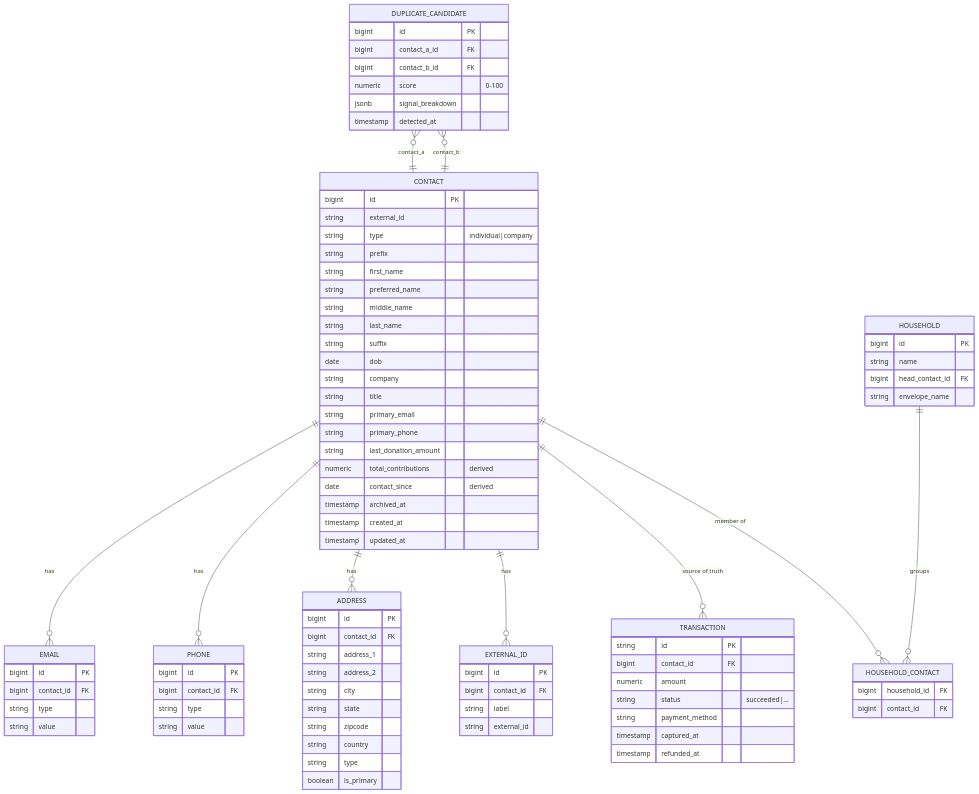
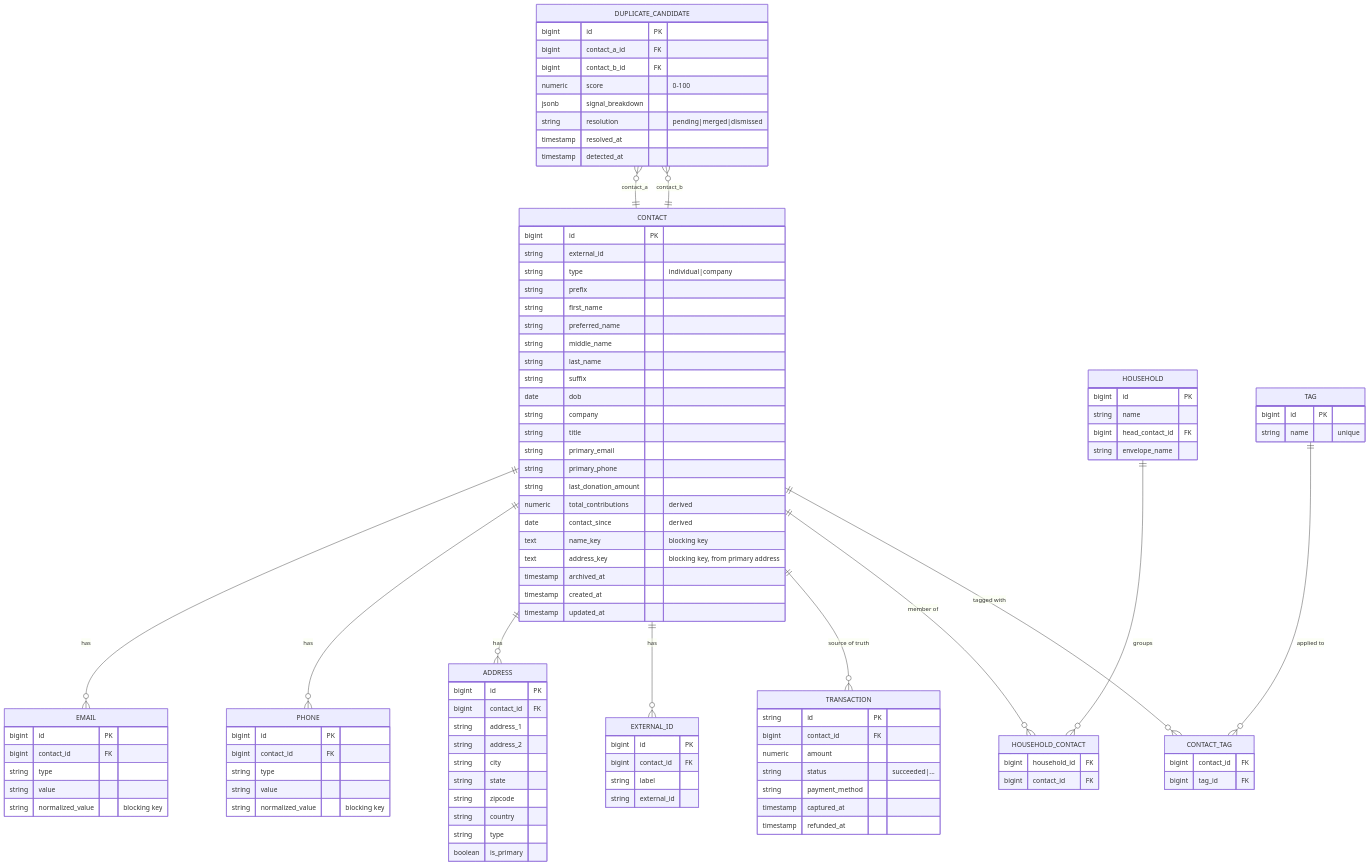
Before and after one commit to kristindailey/givebutter-detect: the first of 2 diagrams in context/project-overview.md, drawn with Mermaid. The commit also changed other lines of this file and 1 other file, not shown here.

Commit message:
docs: verify data layer against Givebutter's public API
Checked the spec and ERD against the real OpenAPI schemas (ContactResource,
TransactionResource, HouseholdResource) pulled from docs.givebutter.com.

Confirmed: archived_at is a literal ContactResource field, no merge endpoint
exists, stats carries no donation count, and households have no per-member
role label.

Found one gap: tags auto-union on merge but had no table anywhere. Added
tags + contact_tags to the ERD and the spec.

Also records the decisions the implementation forced, since downstream specs
depend on them: derived fields and archived_at are excluded from mass
assignment, the archived scope must be lifted in two places, and
transactions.status has no documented enum (succeeded is our assumption).

````diff
--- a/context/project-overview.md
+++ b/context/project-overview.md
@@ -151,6 +151,8 @@
     CONTACT ||--o{ TRANSACTION : "source of truth"
     HOUSEHOLD ||--o{ HOUSEHOLD_CONTACT : groups
     CONTACT ||--o{ HOUSEHOLD_CONTACT : "member of"
+    CONTACT ||--o{ CONTACT_TAG : "tagged with"
+    TAG ||--o{ CONTACT_TAG : "applied to"
     DUPLICATE_CANDIDATE }o--|| CONTACT : contact_a
     DUPLICATE_CANDIDATE }o--|| CONTACT : contact_b
 
@@ -172,6 +174,8 @@
         string last_donation_amount
         numeric total_contributions "derived"
         date contact_since "derived"
+        text name_key "blocking key"
+        text address_key "blocking key, from primary address"
         timestamp archived_at
         timestamp created_at
         timestamp updated_at
@@ -181,12 +185,14 @@
         bigint contact_id FK
         string type
         string value
+        string normalized_value "blocking key"
     }
     PHONE {
         bigint id PK
         bigint contact_id FK
         string type
         string value
+        string normalized_value "blocking key"
     }
     ADDRESS {
         bigint id PK
@@ -216,6 +222,14 @@
         bigint household_id FK
         bigint contact_id FK
     }
+    TAG {
+        bigint id PK
+        string name "unique"
+    }
+    CONTACT_TAG {
+        bigint contact_id FK
+        bigint tag_id FK
+    }
     TRANSACTION {
         string id PK
         bigint contact_id FK
@@ -231,6 +245,8 @@
         bigint contact_b_id FK
         numeric score "0-100"
         jsonb signal_breakdown
+        string resolution "pending|merged|dismissed"
+        timestamp resolved_at
         timestamp detected_at
     }
 ```
````
